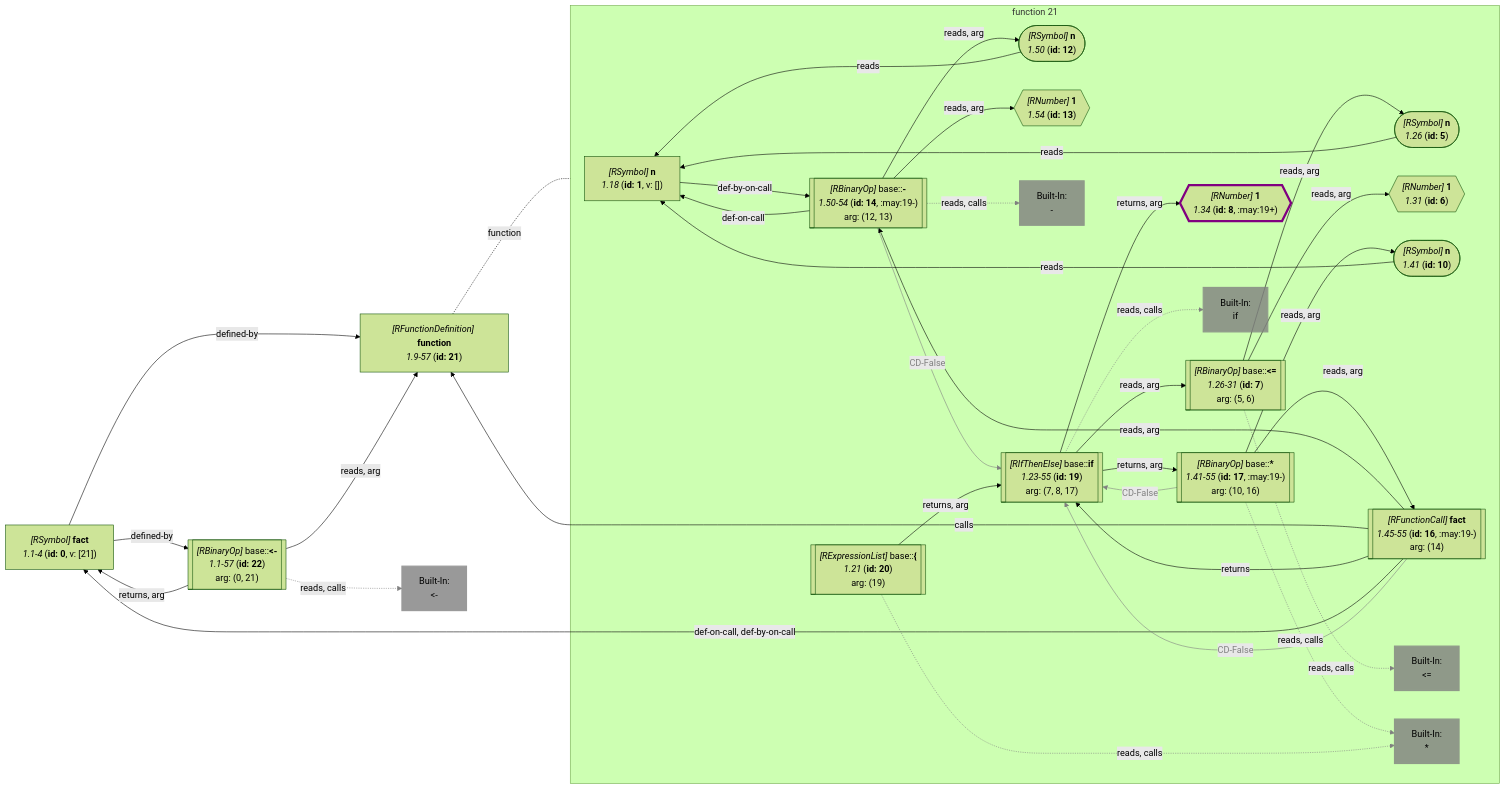
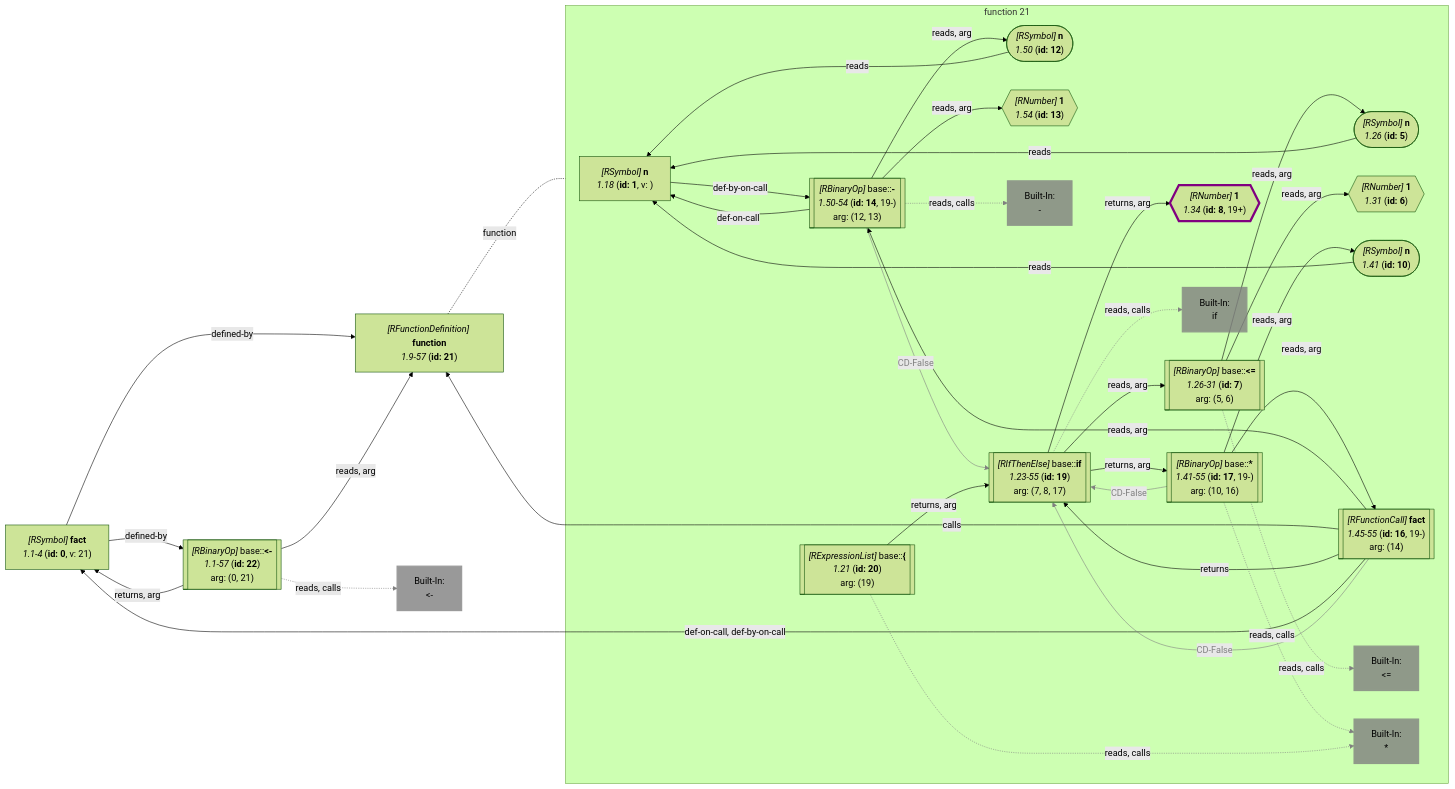
Before and after one commit to flowr-analysis/flowr: diagram 16 of 21 in wiki/Query API.md, drawn with Mermaid (forest theme). The commit also changed other lines of this file and 36 other files, not shown here.

```diff
--- a/wiki/Query API.md
+++ b/wiki/Query API.md
@@ -5425,7 +5472,7 @@
 
 subgraph "flow-21" [function 21]
     1["`*#91;RSymbol#93;* **n**
-      *1.18* (**id: 1**, v: [])`"]
+      *1.18* (**id: 1**, v: )`"]
     5(["`*#91;RSymbol#93;* **n**
       *1.26* (**id: 5**)`"])
     6{{"`*#91;RNumber#93;* **1**
@@ -5438,7 +5485,7 @@
 #60;=`"]
     style built-in:__ stroke:gray,fill:gray,stroke-width:2px,opacity:.8;
     8{{"`*#91;RNumber#93;* **1**
-      *1.34* (**id: 8**, :may:19+)`"}}
+      *1.34* (**id: 8**, 19+)`"}}
    %% No edges found for 8
     10(["`*#91;RSymbol#93;* **n**
       *1.41* (**id: 10**)`"])
@@ -5448,21 +5495,21 @@
       *1.54* (**id: 13**)`"}}
    %% No edges found for 13
     14[["`*#91;RBinaryOp#93;* base#58;#58;**#45;**
-      *1.50-54* (**id: 14**, :may:19-)
+      *1.50-54* (**id: 14**, 19-)
     arg: (12, 13)`"]]
     built-in:-["`Built-In:
 #45;`"]
     style built-in:- stroke:gray,fill:gray,stroke-width:2px,opacity:.8;
     %% Environment of 16 [level: 1]:
     %% Built-in
-    %% 1252----------------------------------------
-    %% 1253----------------------------------------
+    %% 2728----------------------------------------
+    %% 2729----------------------------------------
     %%   n: {**n** (id: 1, type: Parameter, def. @2)}
     16[["`*#91;RFunctionCall#93;* **fact**
-      *1.45-55* (**id: 16**, :may:19-)
+      *1.45-55* (**id: 16**, 19-)
     arg: (14)`"]]
     17[["`*#91;RBinaryOp#93;* base#58;#58;**#42;**
-      *1.41-55* (**id: 17**, :may:19-)
+      *1.41-55* (**id: 17**, 19-)
     arg: (10, 16)`"]]
     built-in:_["`Built-In:
 #42;`"]
@@ -5480,7 +5527,7 @@
 end
    %% No edges found for 21
     0["`*#91;RSymbol#93;* **fact**
-      *1.1-4* (**id: 0**, v: [21])`"]
+      *1.1-4* (**id: 0**, v: 21)`"]
     22[["`*#91;RBinaryOp#93;* base#58;#58;**#60;#45;**
       *1.1-57* (**id: 22**)
     arg: (0, 21)`"]]
```
